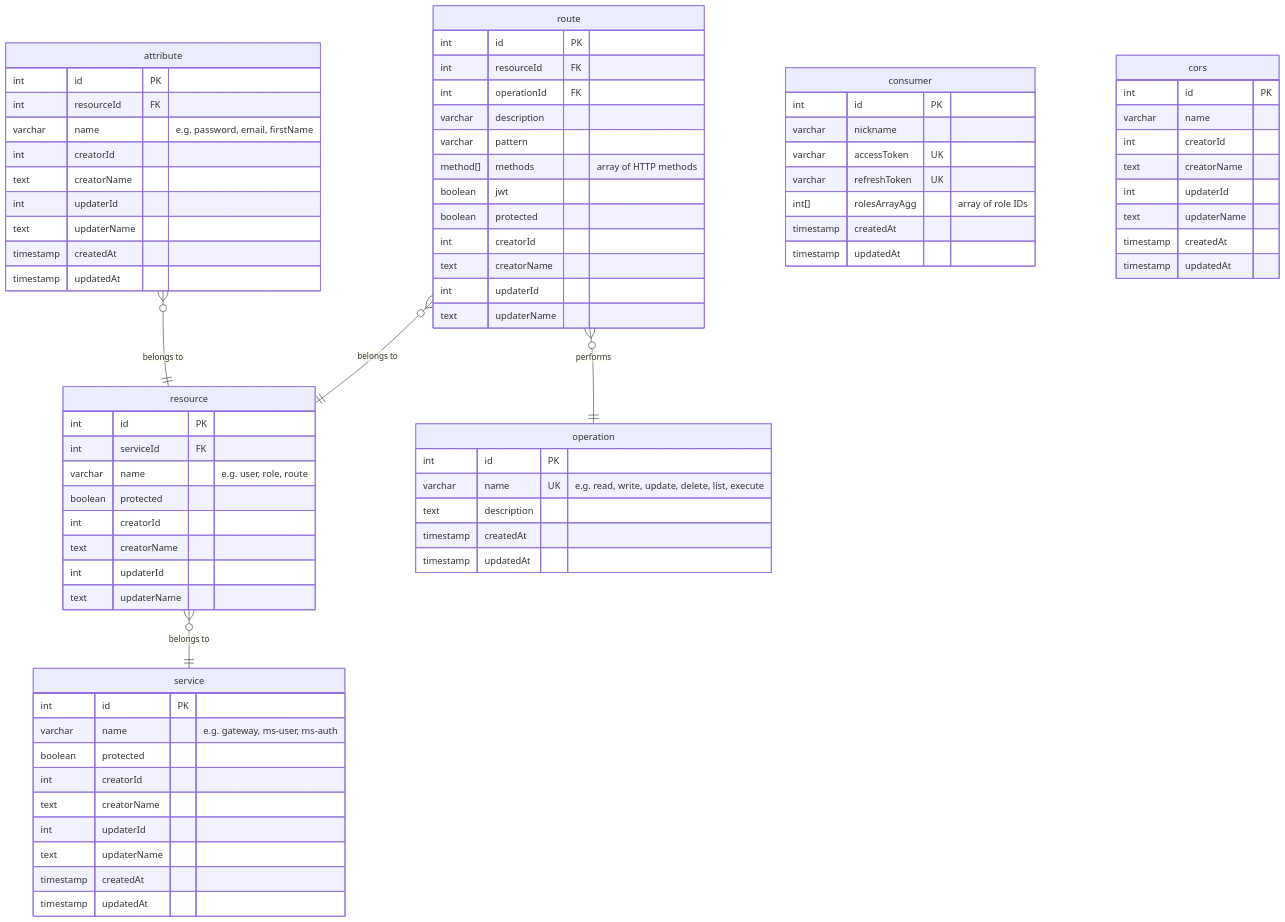
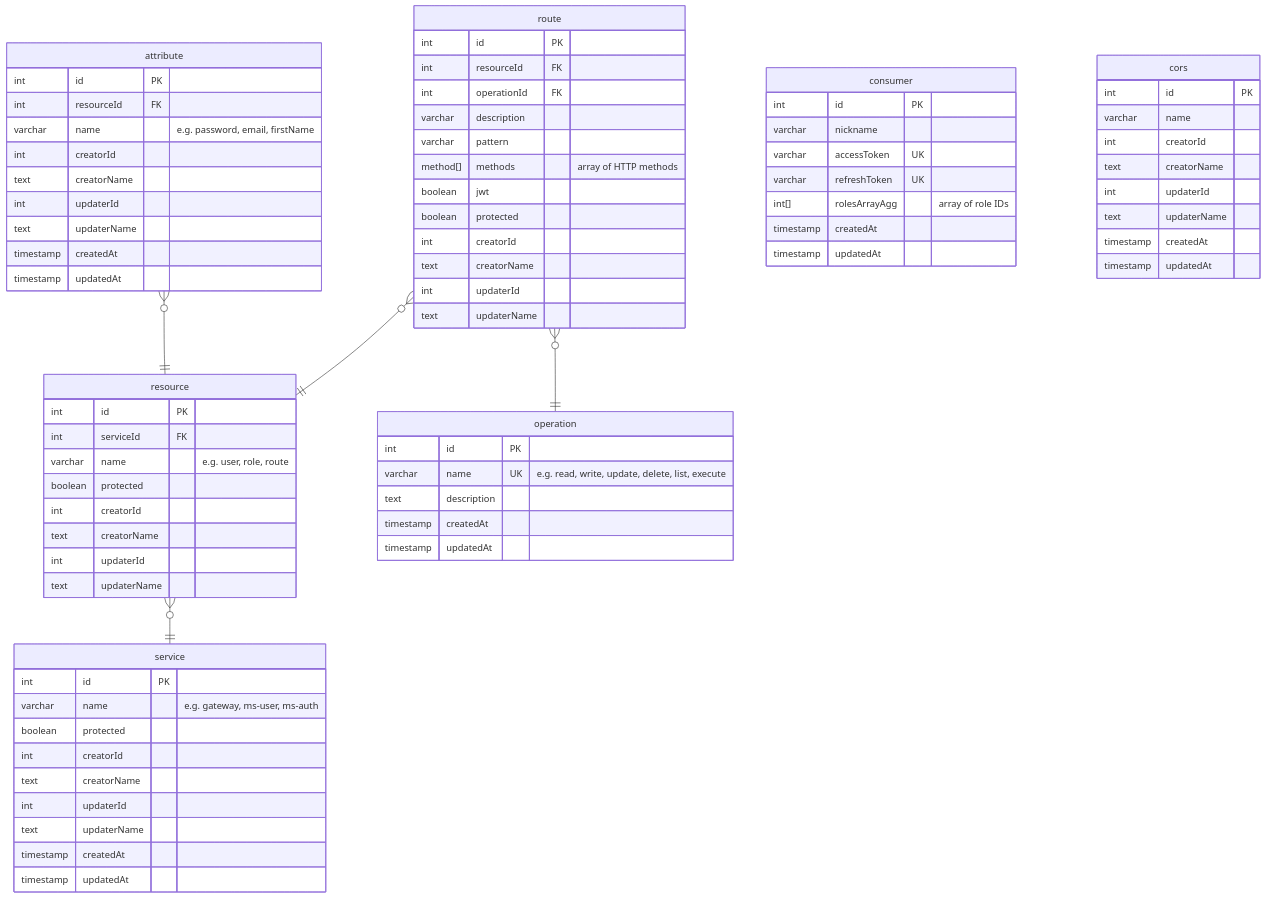
Before and after one commit to ALTEN-group/Gatelin: the diagram in doc/erd.md, drawn with Mermaid. The commit also changed 1 other file, not shown here.

Commit message:
style(erd): remove relationship descriptions for clarity

```diff
--- a/doc/erd.md
+++ b/doc/erd.md
@@ -7,10 +7,10 @@
 
 erDiagram
   
-  route }o--|| resource : "belongs to"
-  resource }o--|| service : "belongs to"
-  route }o--|| operation : "performs"
-  attribute }o--|| resource : "belongs to"
+  route }o--|| resource : ""
+  resource }o--|| service : ""
+  route }o--|| operation : ""
+  attribute }o--|| resource : ""
   consumer {
     int id PK
     varchar nickname
```
